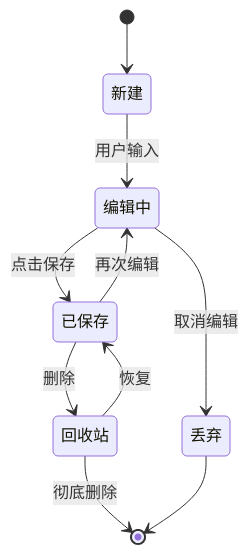
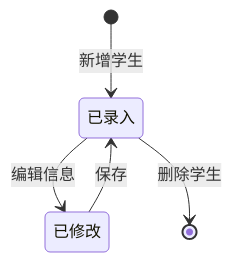
The fourth of 4 diagrams in docs/02-软件需求规格说明书.md (otreeevol/project), drawn with Mermaid before and after one commit. The commit also changed other lines of this file and 221 other files, not shown here.

````diff
--- a/docs/02-软件需求规格说明书.md
+++ b/docs/02-软件需求规格说明书.md
@@ -208,12 +172,7 @@
 ```mermaid
 stateDiagram-v2
-    [*] --> 新建
-    新建 --> 编辑中: 用户输入
-    编辑中 --> 已保存: 点击保存
-    已保存 --> 编辑中: 再次编辑
-    已保存 --> 回收站: 删除
-    回收站 --> 已保存: 恢复
-    回收站 --> [*]: 彻底删除
-    编辑中 --> 丢弃: 取消编辑
-    丢弃 --> [*]
+    [*] --> 已录入: 新增学生
+    已录入 --> 已修改: 编辑信息
+    已修改 --> 已录入: 保存
+    已录入 --> [*]: 删除学生
 ```
````
